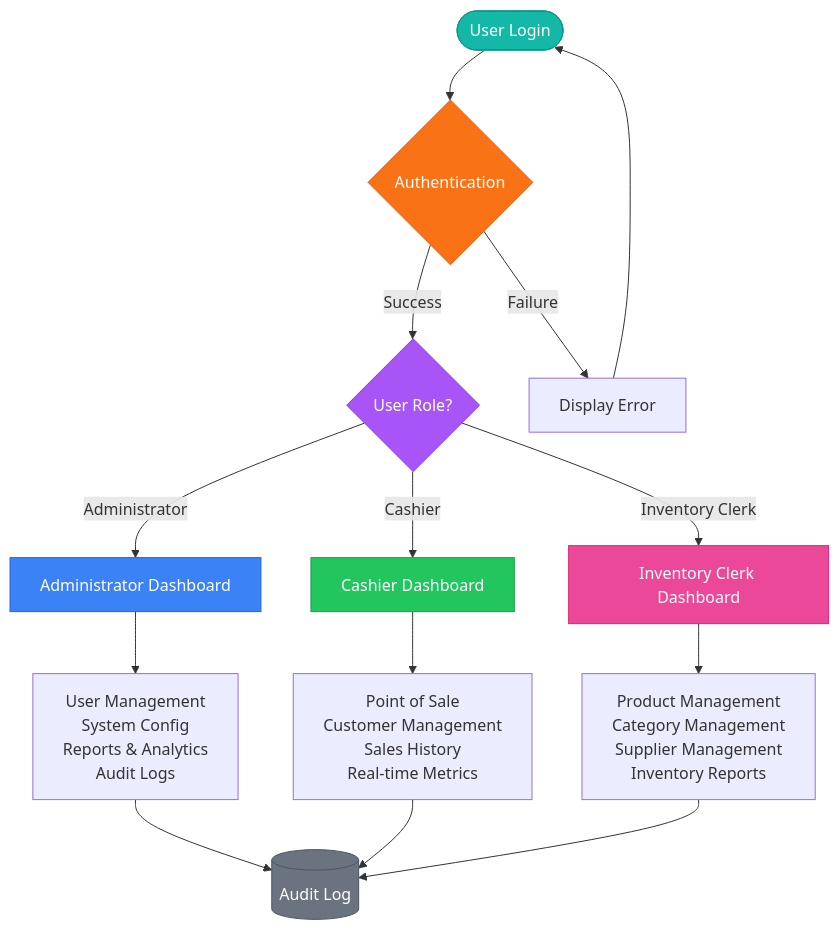
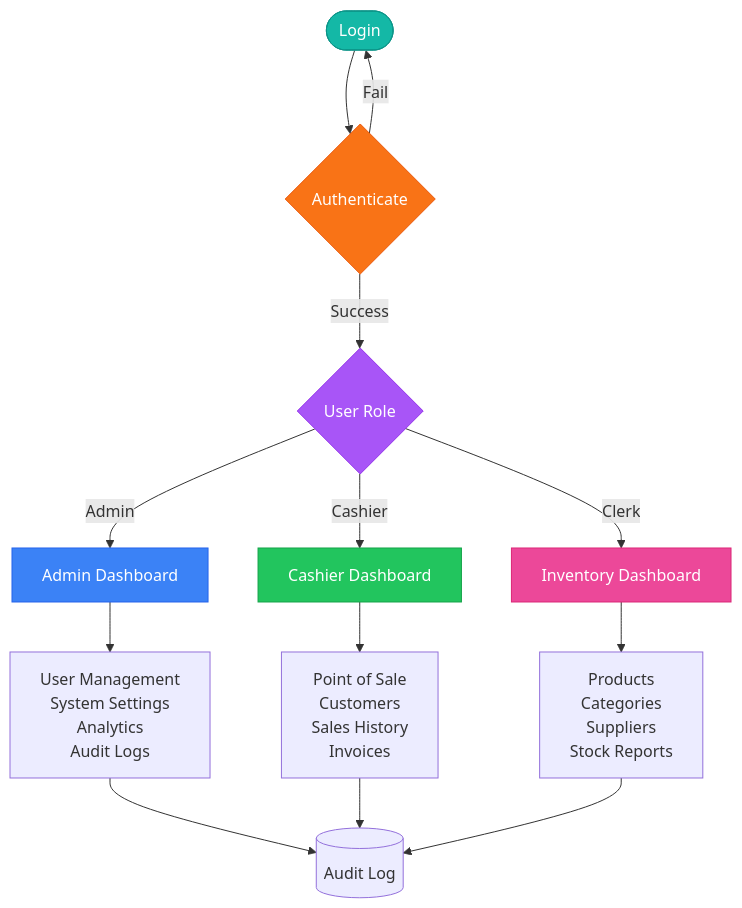
The third of 23 diagrams in README.md (EIRSVi/Sync-Verse-Studio), drawn with Mermaid before and after one commit. The commit also changed other lines of this file and 12 other files, not shown here.

````diff
--- a/README.md
+++ b/README.md
@@ -259,29 +93,27 @@
 ```mermaid
 flowchart TD
-    Start([User Login]) --> Auth{Authentication}
-    Auth -->|Success| Role{User Role?}
-    Auth -->|Failure| Error[Display Error]
-    Error --> Start
+    Start([Login]) --> Auth{Authenticate}
+    Auth -->|Success| Role{User Role}
+    Auth -->|Fail| Start
     
-    Role -->|Administrator| AdminDash[Administrator Dashboard]
+    Role -->|Admin| AdminDash[Admin Dashboard]
     Role -->|Cashier| CashierDash[Cashier Dashboard]
-    Role -->|Inventory Clerk| InventoryDash[Inventory Clerk Dashboard]
+    Role -->|Clerk| ClerkDash[Inventory Dashboard]
     
-    AdminDash --> AdminFeatures[User Management<br/>System Config<br/>Reports & Analytics<br/>Audit Logs]
+    AdminDash --> AdminOps[User Management<br/>System Settings<br/>Analytics<br/>Audit Logs]
     
-    CashierDash --> CashierFeatures[Point of Sale<br/>Customer Management<br/>Sales History<br/>Real-time Metrics]
+    CashierDash --> CashierOps[Point of Sale<br/>Customers<br/>Sales History<br/>Invoices]
     
-    InventoryDash --> InventoryFeatures[Product Management<br/>Category Management<br/>Supplier Management<br/>Inventory Reports]
+    ClerkDash --> ClerkOps[Products<br/>Categories<br/>Suppliers<br/>Stock Reports]
     
-    AdminFeatures --> AuditLog[(Audit Log)]
-    CashierFeatures --> AuditLog
-    InventoryFeatures --> AuditLog
+    AdminOps --> Log[(Audit Log)]
+    CashierOps --> Log
+    ClerkOps --> Log
     
     style Start fill:#14B8A6,stroke:#0D9488,color:#fff
     style Auth fill:#F97316,stroke:#EA580C,color:#fff
     style Role fill:#A855F7,stroke:#9333EA,color:#fff
     style AdminDash fill:#3B82F6,stroke:#2563EB,color:#fff
     style CashierDash fill:#22C55E,stroke:#16A34A,color:#fff
-    style InventoryDash fill:#EC4899,stroke:#DB2777,color:#fff
-    style AuditLog fill:#6B7280,stroke:#4B5563,color:#fff
+    style ClerkDash fill:#EC4899,stroke:#DB2777,color:#fff
 ```
````
